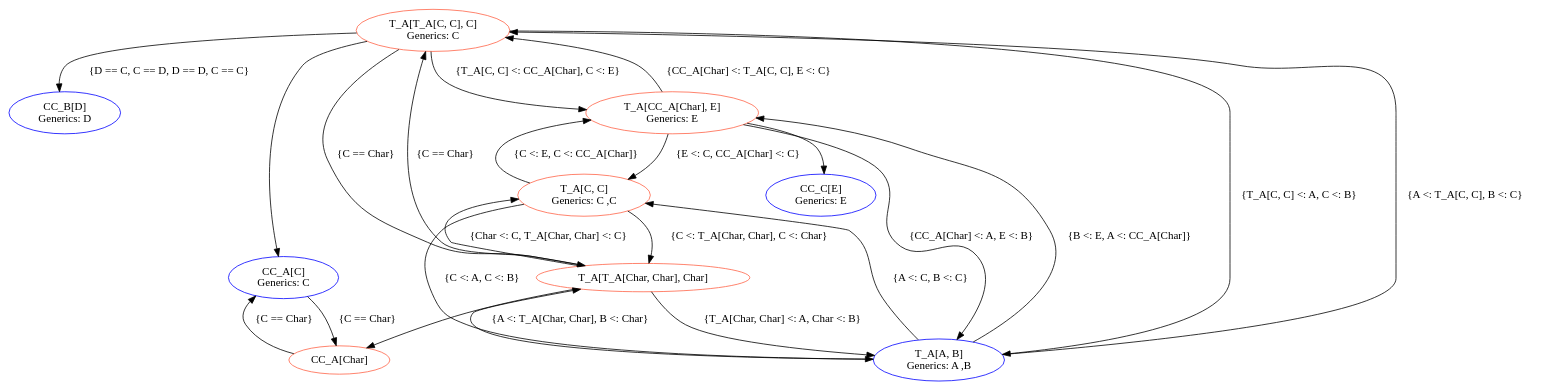
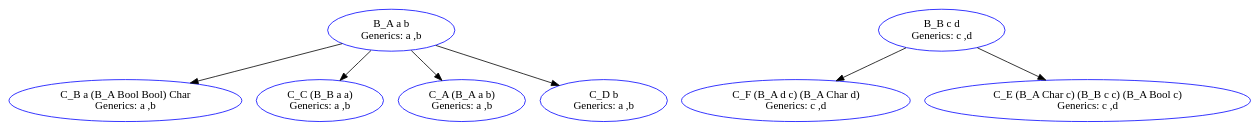
Before and after one commit to CyrilFMoser/Ikaros: the diagram in out/TypeGraph/out.dot, drawn with Graphviz. The commit also changed 32 other files, not shown here.

```diff
--- a/out/TypeGraph/out.dot
+++ b/out/TypeGraph/out.dot
@@ -1,71 +1,44 @@
 strict digraph Type_Graph {
-  3[label="CC_B[D]
-Generics: D"]
+  3[label="C_B a (B_A Bool Bool) Char
+Generics: a ,b"]
   3[color= "blue"]
-  8[label="T_A[C, C]
-Generics: C ,C"]
-  8[color= "tomato"]
-  2[label="CC_A[C]
-Generics: C"]
+  7[label="C_F (B_A d c) (B_A Char d)
+Generics: c ,d"]
+  7[color= "blue"]
+  1[label="B_B c d
+Generics: c ,d"]
+  1[color= "blue"]
+  6[label="C_E (B_A Char c) (B_B c c) (B_A Bool c)
+Generics: c ,d"]
+  6[color= "blue"]
+  4[label="C_C (B_B a a)
+Generics: a ,b"]
+  4[color= "blue"]
+  0[label="B_A a b
+Generics: a ,b"]
+  0[color= "blue"]
+  2[label="C_A (B_A a b)
+Generics: a ,b"]
   2[color= "blue"]
-  1[label="T_A[T_A[C, C], C]
-Generics: C"]
-  1[color= "tomato"]
-  4[label="T_A[CC_A[Char], E]
-Generics: E"]
-  4[color= "tomato"]
-  5[label="CC_C[E]
-Generics: E"]
+  5[label="C_D b
+Generics: a ,b"]
   5[color= "blue"]
-  6[label="CC_A[Char]"]
-  6[color= "tomato"]
-  0[label="T_A[A, B]
-Generics: A ,B"]
-  0[color= "blue"]
-  7[label="T_A[T_A[Char, Char], Char]"]
-  7[color= "tomato"]
-  1 -> 2
-  7 -> 0 [label= "{T_A[Char, Char] <: A, Char <: B}
-"]
-  4 -> 5
-  4 -> 8 [label= "{E <: C, CC_A[Char] <: C}
-"]
-  0 -> 1 [label= "{A <: T_A[C, C], B <: C}
-"]
-  1 -> 0 [label= "{T_A[C, C] <: A, C <: B}
-"]
-  0 -> 4 [label= "{B <: E, A <: CC_A[Char]}
-"]
-  1 -> 2
-  4 -> 0 [label= "{CC_A[Char] <: A, E <: B}
-"]
-  0 -> 7 [label= "{A <: T_A[Char, Char], B <: Char}
-"]
-  0 -> 8 [label= "{A <: C, B <: C}
-"]
-  1 -> 3 [label= "{D == C, C == D, D == D, C == C}
-"]
-  4 -> 1 [label= "{CC_A[Char] <: T_A[C, C], E <: C}
-"]
-  4 -> 5
-  7 -> 1 [label= "{C == Char}
-"]
-  6 -> 2 [label= "{C == Char}
-"]
-  2 -> 6 [label= "{C == Char}
-"]
-  7 -> 6
-  8 -> 7 [label= "{C <: T_A[Char, Char], C <: Char}
-"]
-  7 -> 6
-  1 -> 4 [label= "{T_A[C, C] <: CC_A[Char], C <: E}
-"]
-  1 -> 7 [label= "{C == Char}
-"]
-  8 -> 0 [label= "{C <: A, C <: B}
-"]
-  8 -> 4 [label= "{C <: E, C <: CC_A[Char]}
-"]
-  7 -> 8 [label= "{Char <: C, T_A[Char, Char] <: C}
-"]
+  0 -> 5
+  0 -> 2
+  1 -> 7
+  0 -> 5
+  0 -> 3
+  0 -> 2
+  0 -> 3
+  1 -> 6
+  1 -> 7
+  0 -> 2
+  0 -> 3
+  1 -> 6
+  0 -> 4
+  1 -> 6
+  0 -> 4
+  0 -> 4
+  1 -> 7
+  0 -> 5
 }
```
